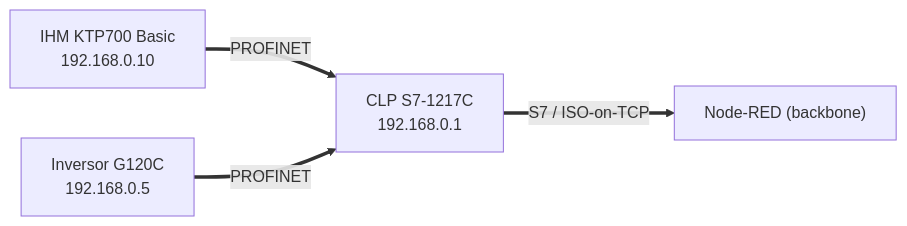
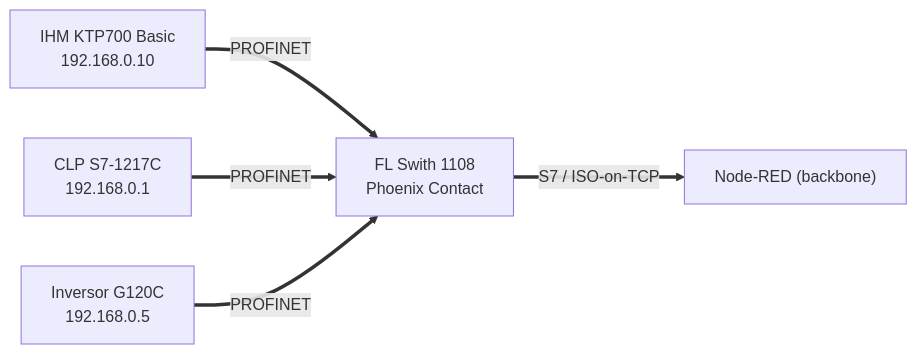
The first of 2 diagrams in NEXUS/rede-profinet/README.md (Scheeffer/Projeto_Comunicacao_de_Dados), drawn with Mermaid before and after one commit.

````diff
--- a/NEXUS/rede-profinet/README.md
+++ b/NEXUS/rede-profinet/README.md
@@ -44,6 +44,7 @@
 ```mermaid
 flowchart LR
-    IHM["IHM KTP700 Basic<br/>192.168.0.10"] == "PROFINET" ==> PLC["CLP S7-1217C<br/>192.168.0.1"]
-    G120["Inversor G120C<br/>192.168.0.5"] == "PROFINET" ==> PLC
-    PLC == "S7 / ISO-on-TCP" ==> NR["Node-RED (backbone)"]
+    IHM["IHM KTP700 Basic<br/>192.168.0.10"] == "PROFINET" ==> SW["FL Swith 1108 <br/>Phoenix Contact"]
+    PLC["CLP S7-1217C<br/>192.168.0.1"] == "PROFINET" ==> SW
+    G120["Inversor G120C<br/>192.168.0.5"] == "PROFINET" ==> SW
+    SW == "S7 / ISO-on-TCP" ==> NR["Node-RED (backbone)"]
 ```
````
